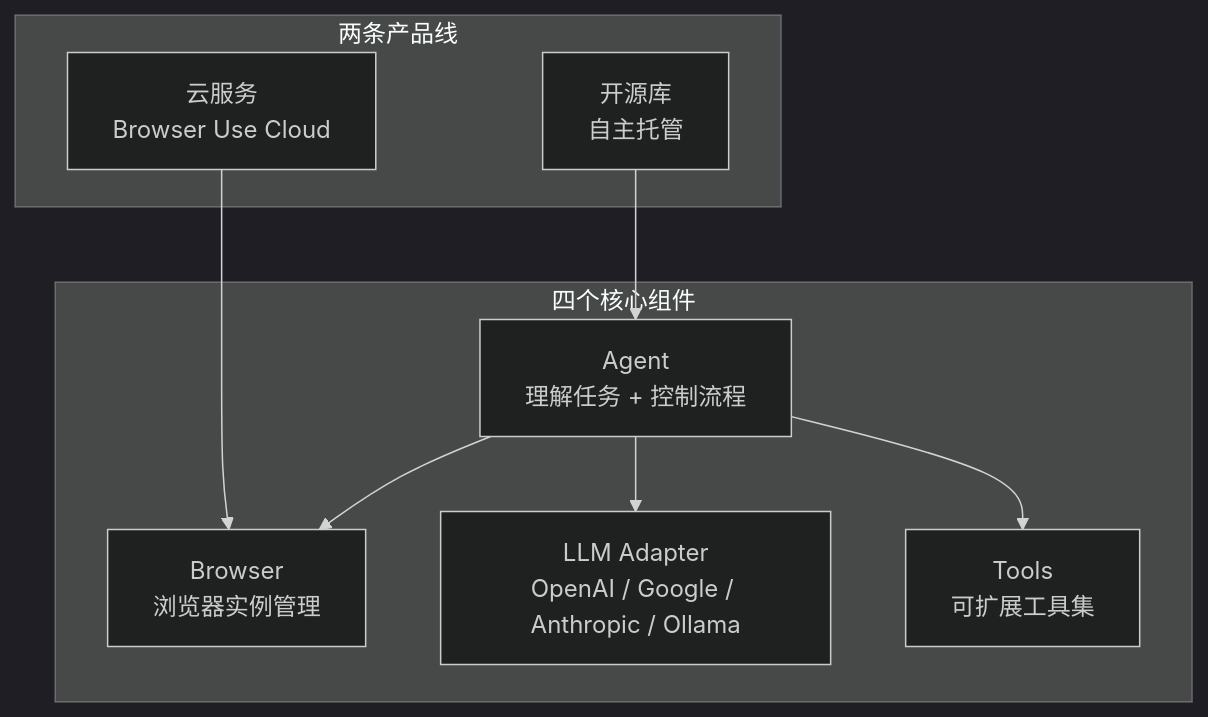
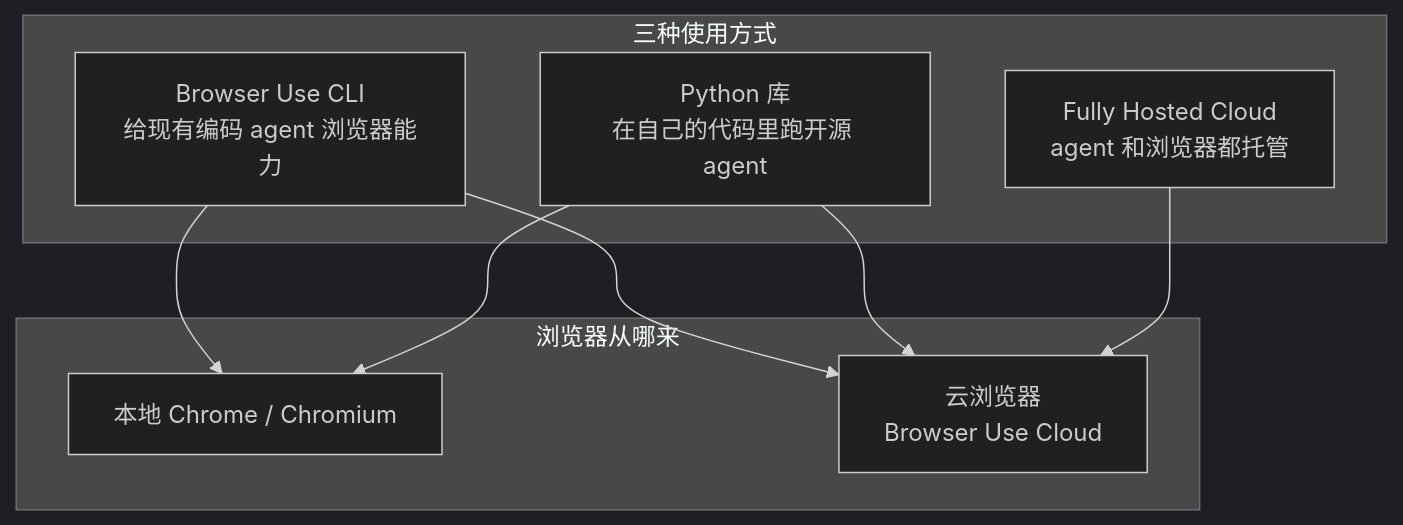
Before and after one commit to A1pha3/text-matrix: the first of 2 diagrams in content/posts/tech/browser-use-ai-browser-automation-guide.md, drawn with Mermaid (dark theme). The commit also changed other lines of this file and 331 other files, not shown here.

````diff
--- a/content/posts/tech/browser-use-ai-browser-automation-guide.md
+++ b/content/posts/tech/browser-use-ai-browser-automation-guide.md
@@ -51,20 +52,19 @@
 ```mermaid
 graph TB
-    subgraph "两条产品线"
-        OSS["开源库<br/>自主托管"]
-        Cloud["云服务<br/>Browser Use Cloud"]
+    subgraph "三种使用方式"
+        Cloud["Fully Hosted Cloud<br/>agent 和浏览器都托管"]
+        CLI["Browser Use CLI<br/>给现有编码 agent 浏览器能力"]
+        Lib["Python 库<br/>在自己的代码里跑开源 agent"]
     end
 
-    subgraph "四个核心组件"
-        Agent["Agent<br/>理解任务 + 控制流程"]
-        Browser["Browser<br/>浏览器实例管理"]
-        LLM["LLM Adapter<br/>OpenAI / Google / Anthropic / Ollama"]
-        Tools["Tools<br/>可扩展工具集"]
+    subgraph "浏览器从哪来"
+        Local["本地 Chrome / Chromium"]
+        CloudBrowser["云浏览器<br/>Browser Use Cloud"]
     end
 
-    OSS --> Agent
-    Cloud --> Browser
-    Agent --> LLM
-    Agent --> Browser
-    Agent --> Tools
+    CLI --> Local
+    CLI --> CloudBrowser
+    Lib --> Local
+    Lib --> CloudBrowser
+    Cloud --> CloudBrowser
 ```
````
